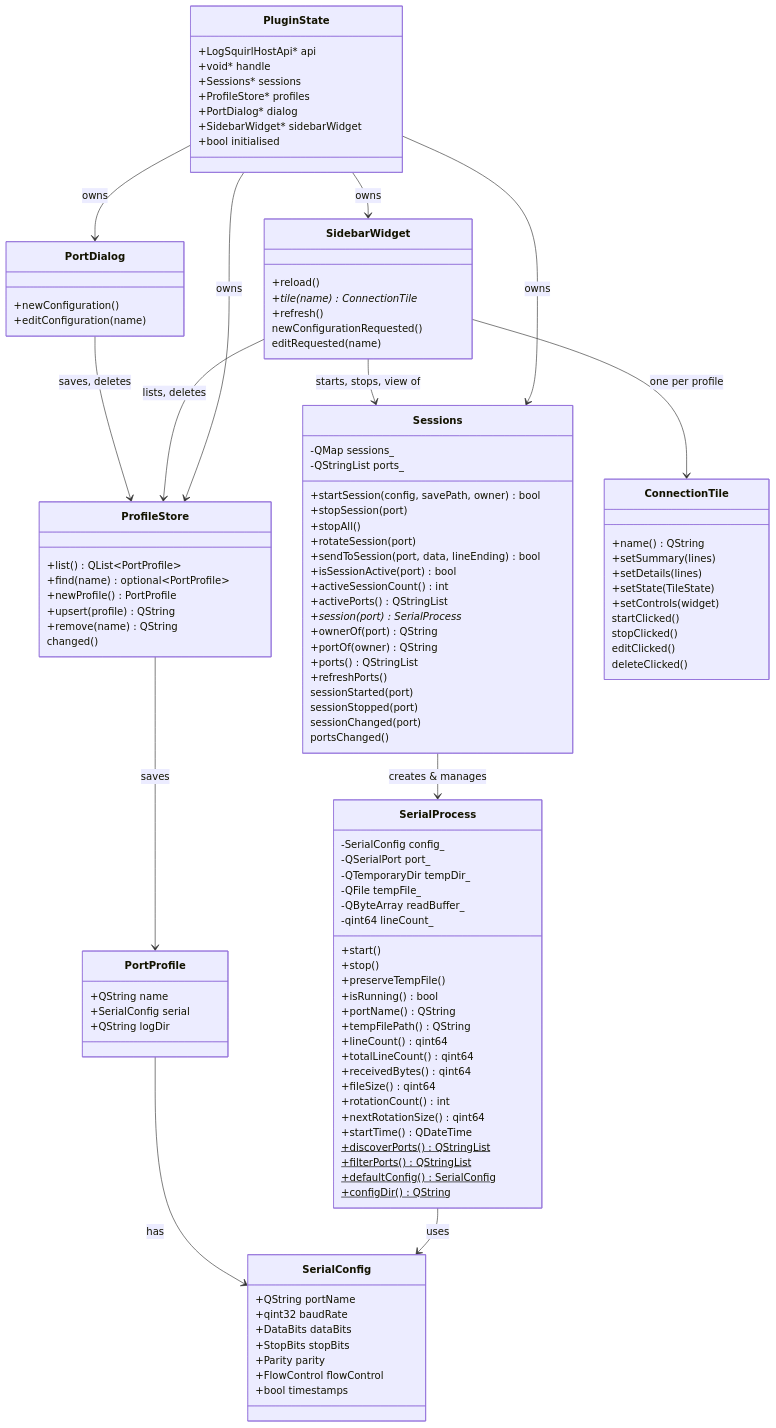
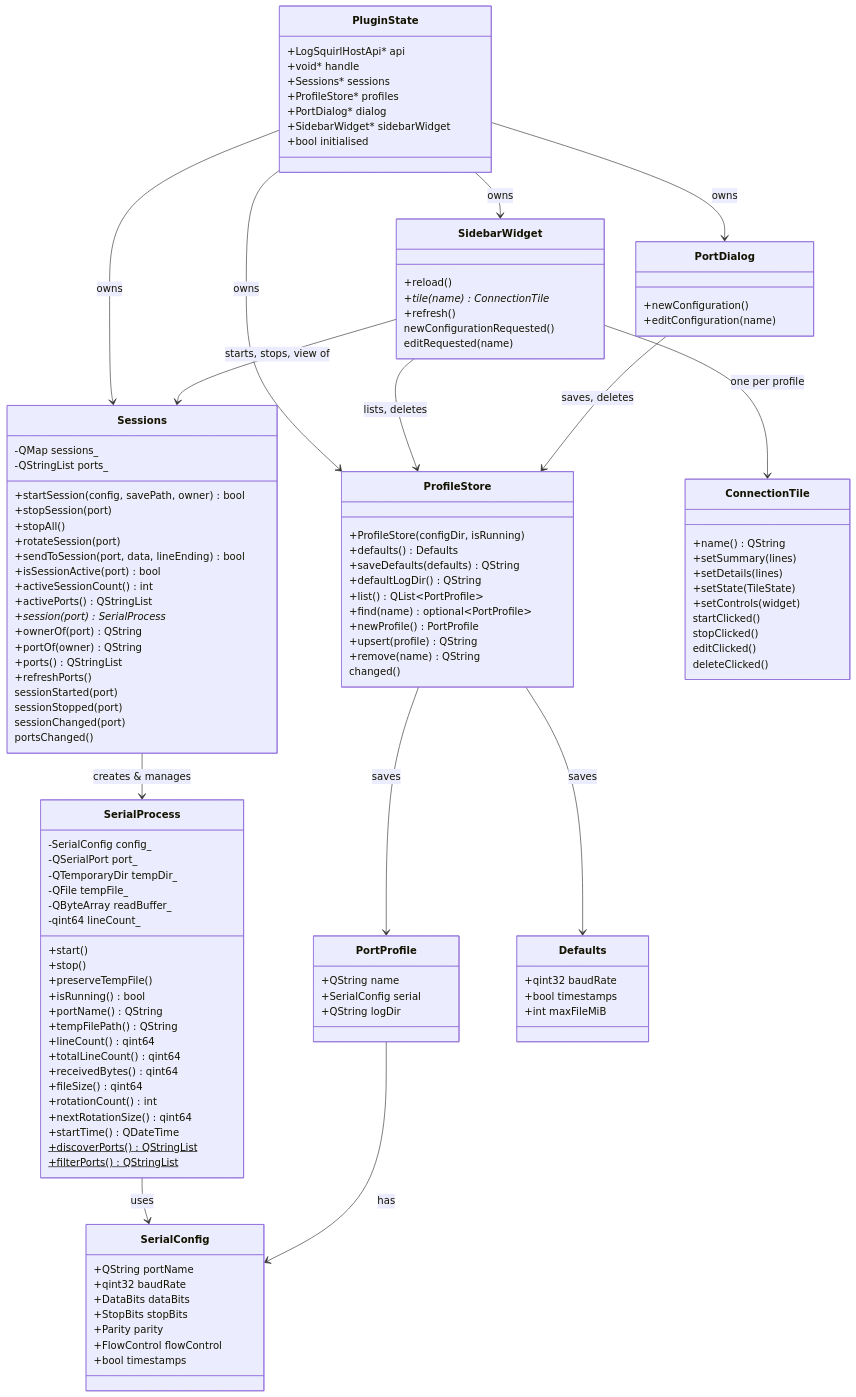
One commit to 64x-lunicorn/LogSquirl-Serial changed the second of 2 diagrams in docs/DEVELOPER_GUIDE.md. Above: the diagram before and after it, drawn with Mermaid. The commit also changed other lines of this file and 15 other files, not shown here.

First line of the commit message:
Give serial.ini one owner: defaults, profiles and log dir (#56)

```diff
--- a/docs/DEVELOPER_GUIDE.md
+++ b/docs/DEVELOPER_GUIDE.md
@@ -106,8 +106,6 @@
         +startTime() QDateTime
         +discoverPorts()$ QStringList
         +filterPorts()$ QStringList
-        +defaultConfig()$ SerialConfig
-        +configDir()$ QString
     }
 
     class Sessions {
@@ -138,7 +136,17 @@
         +QString logDir
     }
 
+    class Defaults {
+        +qint32 baudRate
+        +bool timestamps
+        +int maxFileMiB
+    }
+
     class ProfileStore {
+        +ProfileStore(configDir, isRunning)
+        +defaults() Defaults
+        +saveDefaults(defaults) QString
+        +defaultLogDir() QString
         +list() QList~PortProfile~
         +find(name) optional~PortProfile~
         +newProfile() PortProfile
@@ -174,6 +182,7 @@
 
     Sessions --> SerialProcess : creates & manages
     ProfileStore --> PortProfile : saves
+    ProfileStore --> Defaults : saves
     PortProfile --> SerialConfig : has
     PortDialog --> ProfileStore : saves, deletes
     SidebarWidget --> ProfileStore : lists, deletes
```
